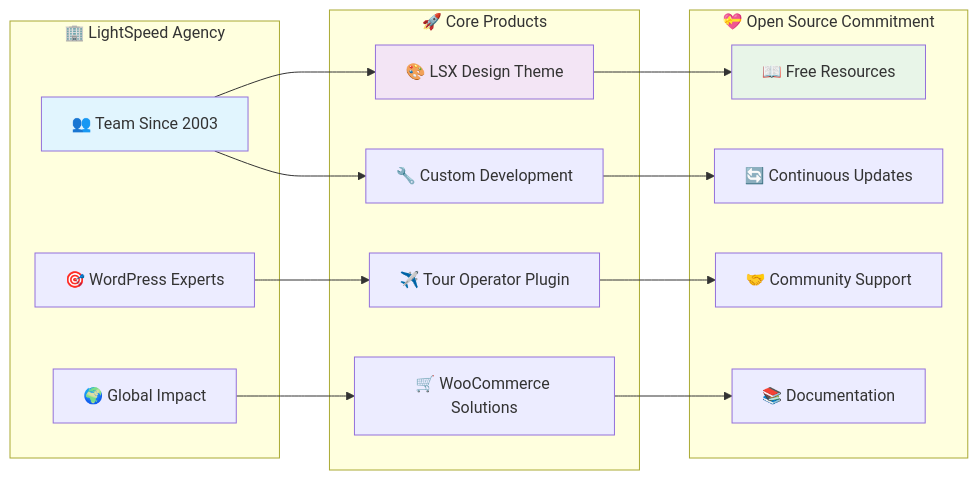
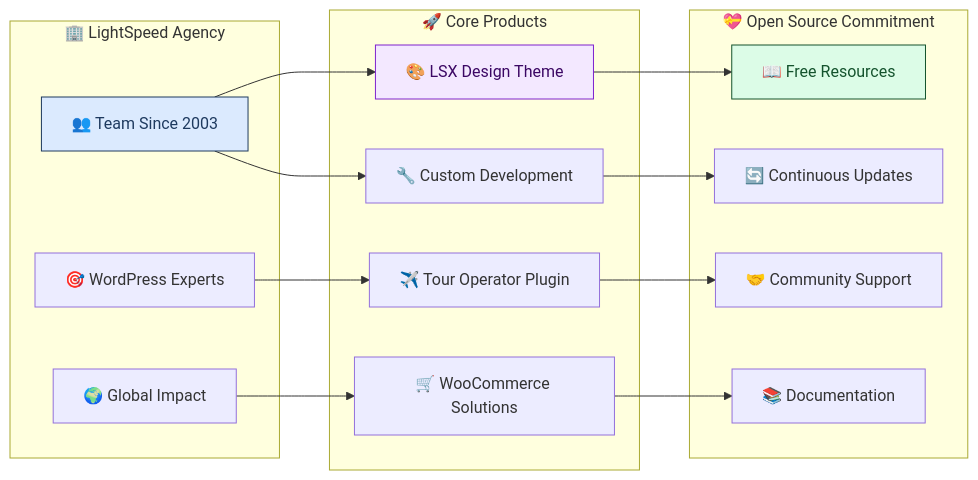
Before and after one commit to lightspeedwp/.github: the first of 4 diagrams in profile/README.md, drawn with Mermaid. The commit also changed other lines of this file and 16 other files, not shown here.

First line of the commit message:
docs(mermaid): repository-wide diagram colour sweep and content refresh (#982)

````diff
--- a/profile/README.md
+++ b/profile/README.md
@@ -34,38 +34,40 @@
 ```mermaid
+---
+accTitle: LightSpeed organization structure and products
+accDescr: Organization overview showing LightSpeed agency team, core products including LSX Design theme and Tour Operator plugin, and open source commitment with community support and documentation.
+---
 flowchart LR
-accTitle: "LightSpeed organization structure and products"
-accDescr: "Organization overview showing LightSpeed agency team, core products including LSX Design theme and Tour Operator plugin, and open source commitment with community support and documentation."
     subgraph "🏢 LightSpeed Agency"
         A[👥 Team Since 2003]
         B[🎯 WordPress Experts]
         C[🌍 Global Impact]
     end
 
     subgraph "🚀 Core Products"
         D[🎨 LSX Design Theme]
         E[✈️ Tour Operator Plugin]
         F[🛒 WooCommerce Solutions]
         G[🔧 Custom Development]
     end
 
     subgraph "💝 Open Source Commitment"
         H[📖 Free Resources]
         I[🤝 Community Support]
         J[📚 Documentation]
         K[🔄 Continuous Updates]
     end
 
     A --> D
     B --> E
     C --> F
     A --> G
 
     D --> H
     E --> I
     F --> J
     G --> K
 
-    style A fill:#e1f5fe
-    style D fill:#f3e5f5
-    style H fill:#e8f5e8
+    style A fill:#dbeafe,color:#1e3a5f,stroke:#1e3a5f
+    style D fill:#f3e8ff,color:#3b0764,stroke:#7e22ce
+    style H fill:#dcfce7,color:#14532d,stroke:#14532d
 ```
````
